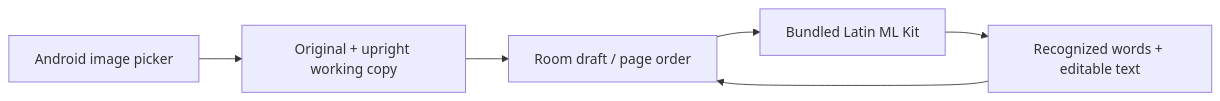
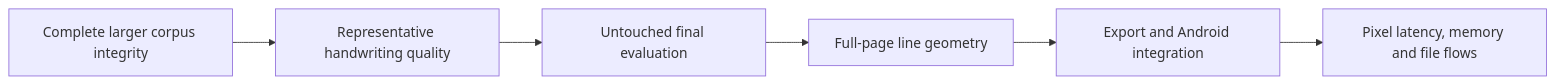
One commit to InsaneCoder789/Folio changed the fourth of 4 diagrams in docs/Backend.md. Above: the diagram before and after it, drawn with Mermaid. The commit also changed other lines of this file and 6 other files, not shown here.

First line of the commit message:
Document Folio architecture and OCR research results

````diff
--- a/docs/Backend.md
+++ b/docs/Backend.md
@@ -229,8 +219,8 @@
 ```mermaid
 flowchart LR
-    Picker[Android image picker] --> Files[Original + upright working copy]
-    Files --> Room[Room draft / page order]
-    Room --> OCR[Bundled Latin ML Kit]
-    OCR --> Review[Recognized words + editable text]
-    Review --> Room
+    Data[Complete larger corpus integrity] --> Quality[Representative handwriting quality]
+    Quality --> Final[Untouched final evaluation]
+    Final --> Geometry[Full-page line geometry]
+    Geometry --> Mobile[Export and Android integration]
+    Mobile --> Device[Pixel latency, memory and file flows]
 ```
````
